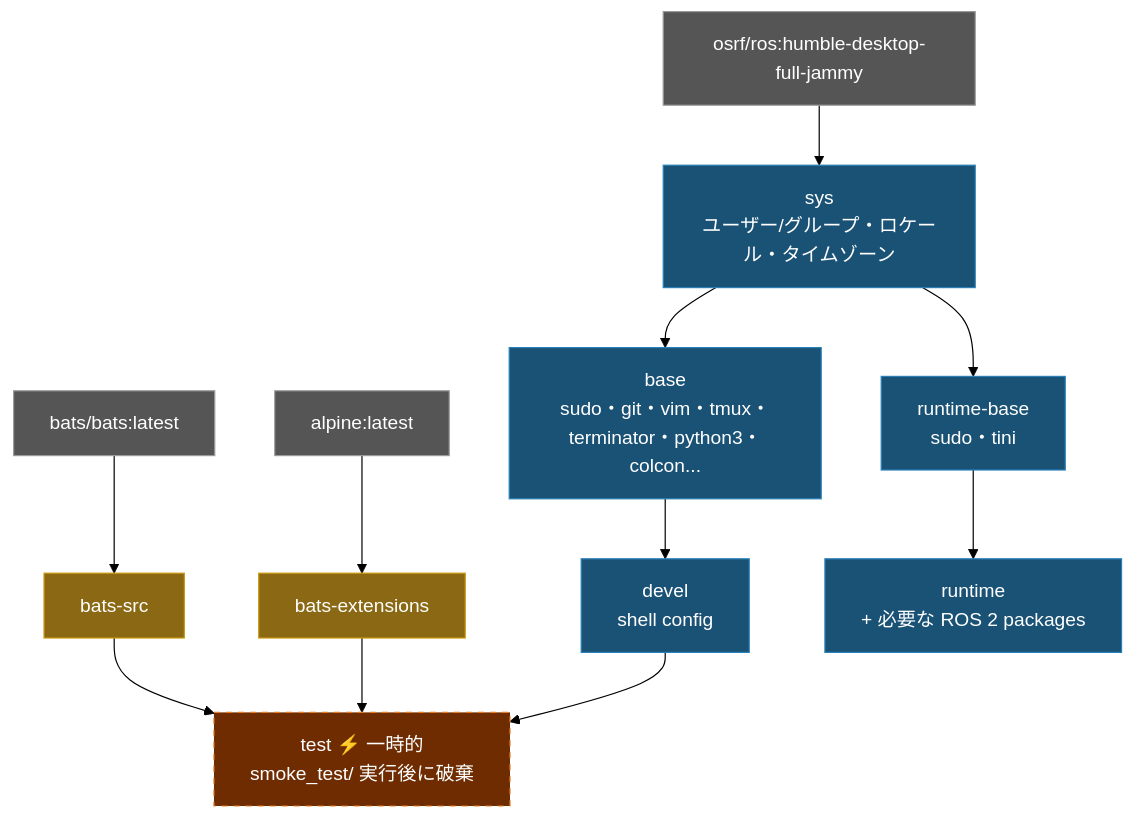
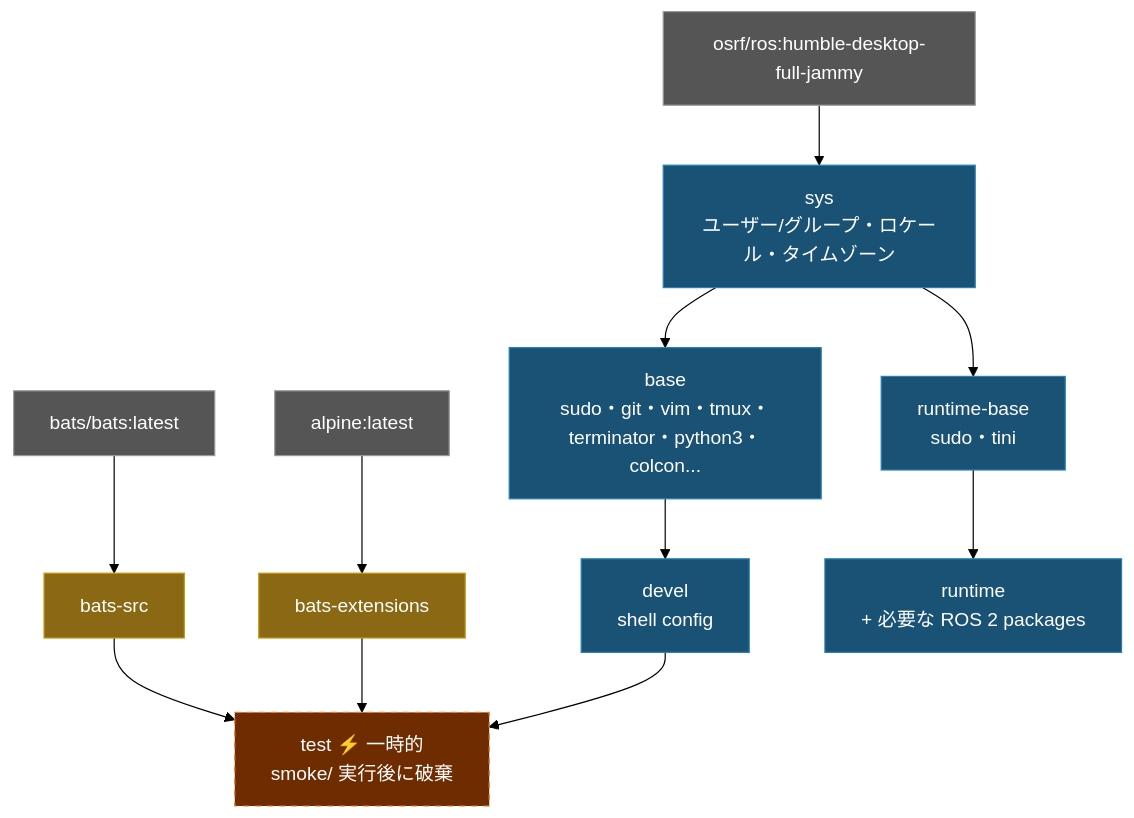
The diagram in doc/README.ja.md (ycpss91255-docker/osrf_ros2_humble), drawn with Mermaid (forest theme) before and after one commit. The commit also changed other lines of this file and 21 other files, not shown here.

````diff
--- a/doc/README.ja.md
+++ b/doc/README.ja.md
@@ -235,26 +235,26 @@
 ```mermaid
 graph TD
     EXT1["bats/bats:latest"]:::external
     EXT2["alpine:latest"]:::external
     EXT3["osrf/ros:humble-desktop-full-jammy"]:::external
 
     EXT1 --> bats-src["bats-src"]:::tool
     EXT2 --> bats-ext["bats-extensions"]:::tool
 
     EXT3 --> sys["sys\nユーザー/グループ・ロケール・タイムゾーン"]:::stage
 
     sys --> base["base\nsudo・git・vim・tmux・terminator・python3・colcon..."]:::stage
     base --> devel["devel\nshell config"]:::stage
 
-    bats-src --> test["test  ⚡ 一時的\nsmoke_test/ 実行後に破棄"]:::ephemeral
+    bats-src --> test["test  ⚡ 一時的\nsmoke/ 実行後に破棄"]:::ephemeral
     bats-ext --> test
     devel --> test
 
     sys --> runtime-base["runtime-base\nsudo・tini"]:::stage
     runtime-base --> runtime["runtime\n+ 必要な ROS 2 packages"]:::stage
 
     classDef external fill:#555,color:#fff,stroke:#999
     classDef tool fill:#8B6914,color:#fff,stroke:#c8960c
     classDef stage fill:#1a5276,color:#fff,stroke:#2980b9
     classDef ephemeral fill:#6e2c00,color:#fff,stroke:#e67e22,stroke-dasharray:5 5
 ```
````
